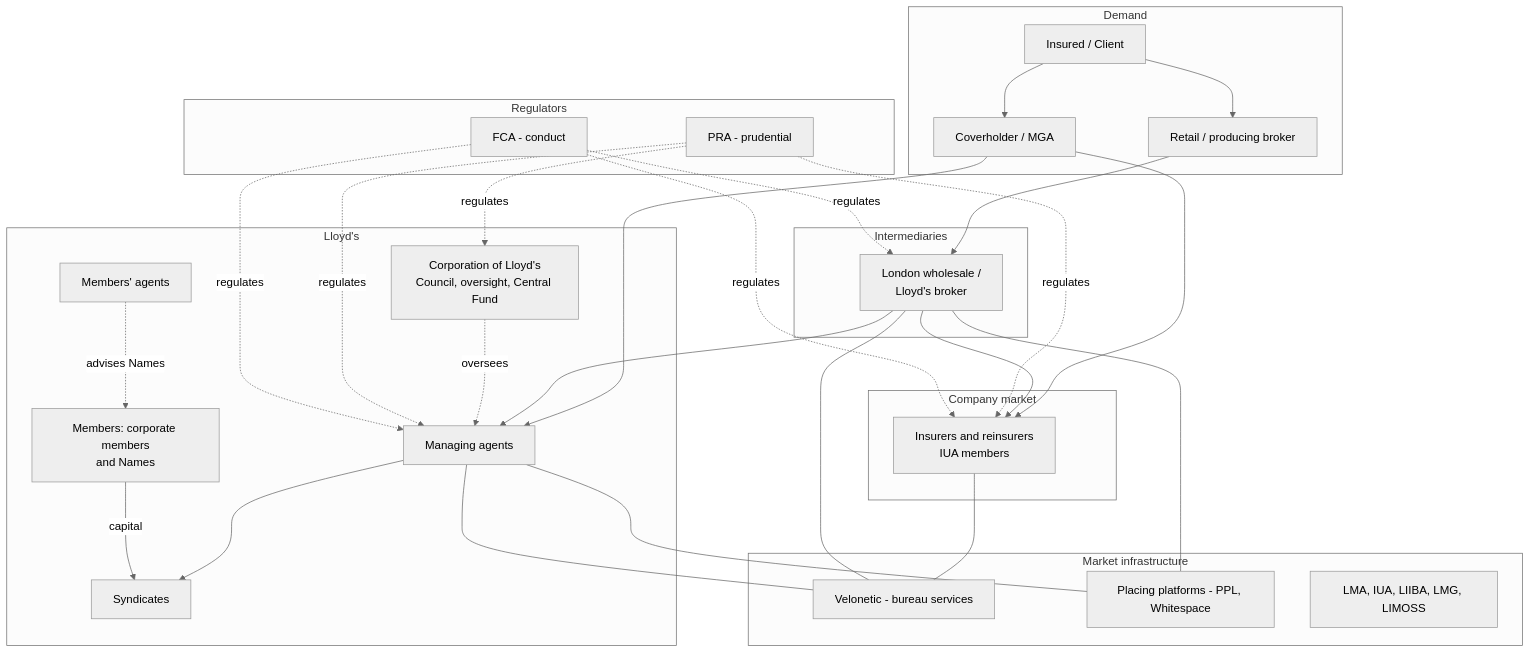
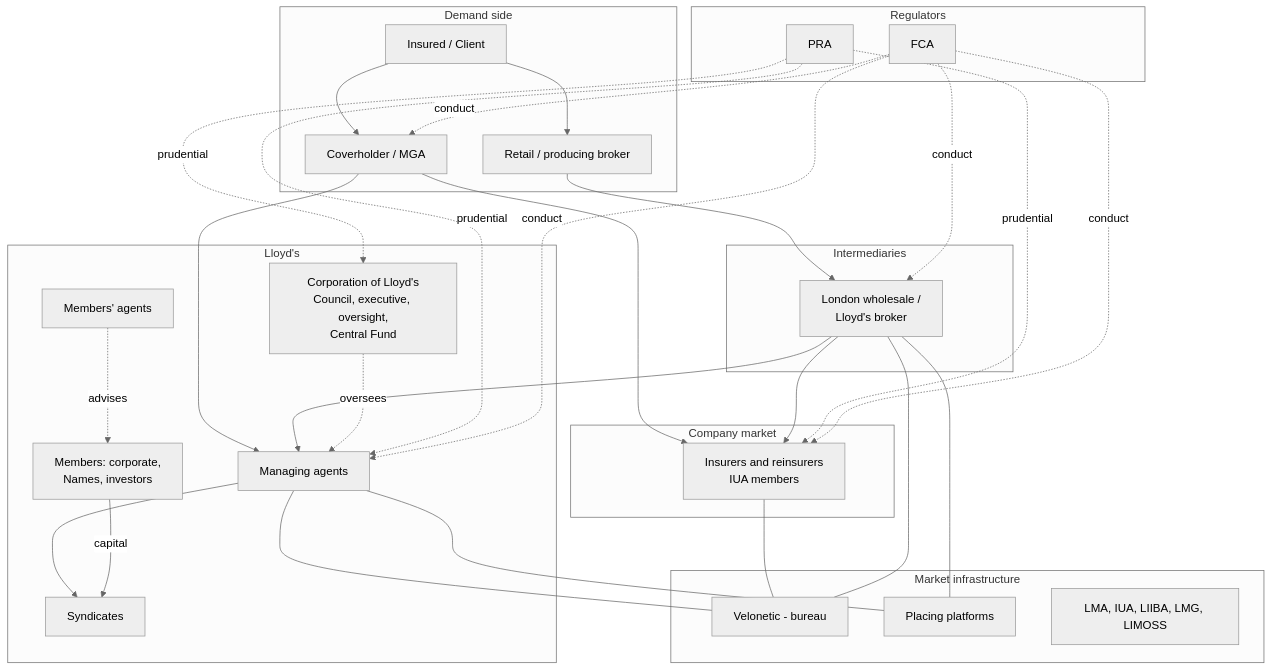
Before and after one commit to gazal-gupta/Insurance-Domain: the first of 2 diagrams in london-market-lloyds-guide/02-Beginner-Actors-Entities-Players.md, drawn with Mermaid (neutral theme). The commit also changed other lines of this file and 3 other files, not shown here.

````diff
--- a/london-market-lloyds-guide/02-Beginner-Actors-Entities-Players.md
+++ b/london-market-lloyds-guide/02-Beginner-Actors-Entities-Players.md
@@ -9,51 +23,52 @@
 ```mermaid
 flowchart TB
-  subgraph Demand
+  subgraph Demand[Demand side]
     INS[Insured / Client]
     RB[Retail / producing broker]
     CH[Coverholder / MGA]
   end
-  subgraph Intermediaries
+  subgraph Inter[Intermediaries]
     WB[London wholesale /<br/>Lloyd's broker]
   end
   subgraph Lloyds[Lloyd's]
-    COR[Corporation of Lloyd's<br/>Council, oversight, Central Fund]
+    COR[Corporation of Lloyd's<br/>Council, executive, oversight,<br/>Central Fund]
     MA[Managing agents]
     SYN[Syndicates]
-    MEM[Members: corporate members<br/>and Names]
+    MEM[Members: corporate,<br/>Names, investors]
     MAA[Members' agents]
   end
   subgraph Company[Company market]
     CO[Insurers and reinsurers<br/>IUA members]
   end
   subgraph Infra[Market infrastructure]
-    VEL[Velonetic - bureau services]
-    PLAT[Placing platforms - PPL, Whitespace]
+    VEL[Velonetic - bureau]
+    PLAT[Placing platforms]
     ASSOC[LMA, IUA, LIIBA, LMG, LIMOSS]
   end
   subgraph Reg[Regulators]
-    PRA[PRA - prudential]
-    FCA[FCA - conduct]
+    PRA[PRA]
+    FCA[FCA]
   end
   INS --> RB --> WB
   INS --> CH
   CH --> MA
   CH --> CO
   WB --> MA
   WB --> CO
   MA --> SYN
   MEM -- capital --> SYN
-  MAA -. advises Names .-> MEM
+  MAA -. advises .-> MEM
   COR -. oversees .-> MA
-  PRA -. regulates .-> COR
-  PRA -. regulates .-> MA
-  PRA -. regulates .-> CO
-  FCA -. regulates .-> WB
-  FCA -. regulates .-> MA
-  FCA -. regulates .-> CO
+  PRA -. prudential .-> COR
+  PRA -. prudential .-> MA
+  PRA -. prudential .-> CO
+  FCA -. conduct .-> WB
+  FCA -. conduct .-> MA
+  FCA -. conduct .-> CO
+  FCA -. conduct .-> CH
   MA --- VEL
   CO --- VEL
   WB --- VEL
   WB --- PLAT
   MA --- PLAT
 ```
````
